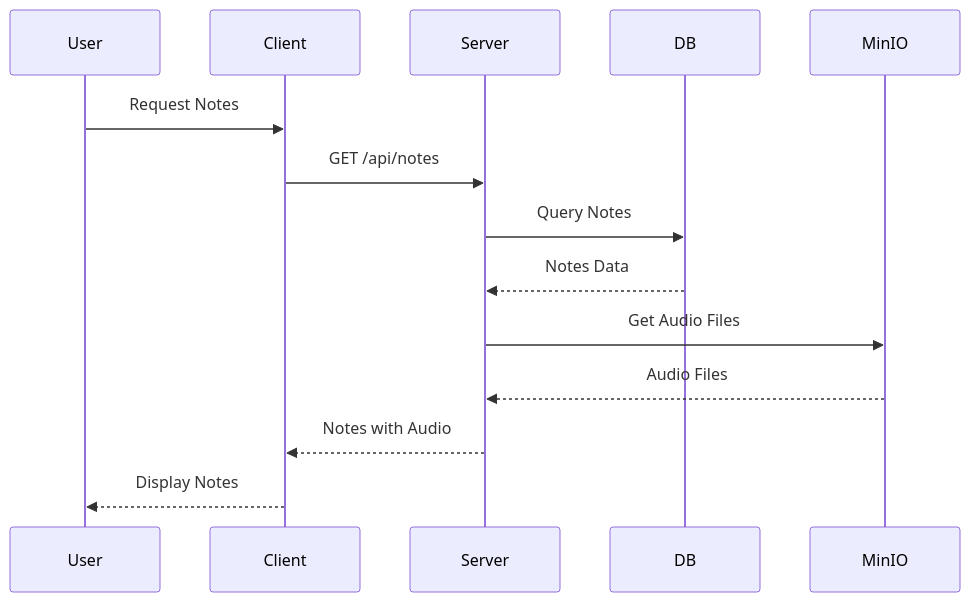
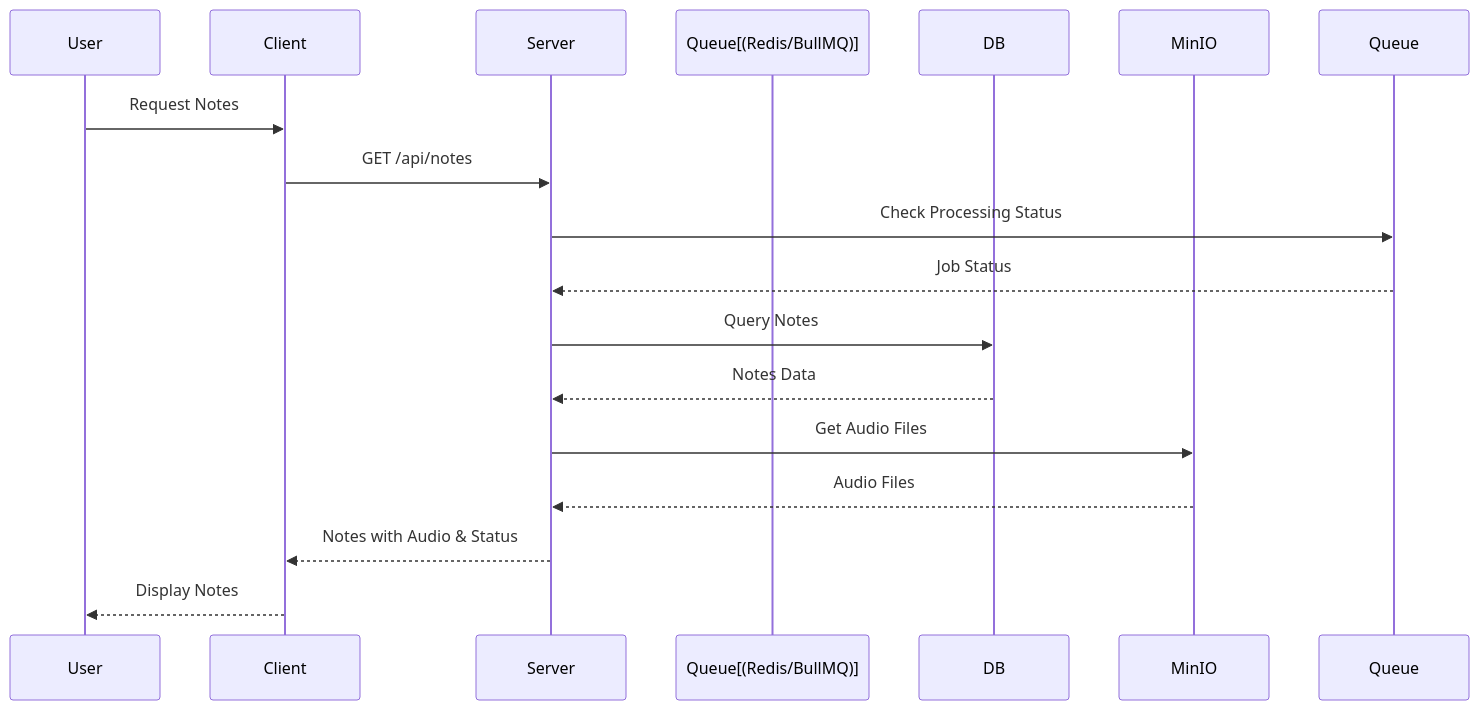
Before and after one commit to fbsis/aiScribe: the third of 4 diagrams in architecture.md, drawn with Mermaid. The commit also changed other lines of this file, not shown here.

First line of the commit message:
feat: enhance queue system integration

````diff
--- a/architecture.md
+++ b/architecture.md
@@ -60,17 +63,20 @@
 ```mermaid
 sequenceDiagram
     participant User
     participant Client
     participant Server
+    participant Queue[(Redis/BullMQ)]
     participant DB
     participant MinIO
 
     User->>Client: Request Notes
     Client->>Server: GET /api/notes
+    Server->>Queue: Check Processing Status
+    Queue-->>Server: Job Status
     Server->>DB: Query Notes
     DB-->>Server: Notes Data
     Server->>MinIO: Get Audio Files
     MinIO-->>Server: Audio Files
-    Server-->>Client: Notes with Audio
+    Server-->>Client: Notes with Audio & Status
     Client-->>User: Display Notes
 ```
````
